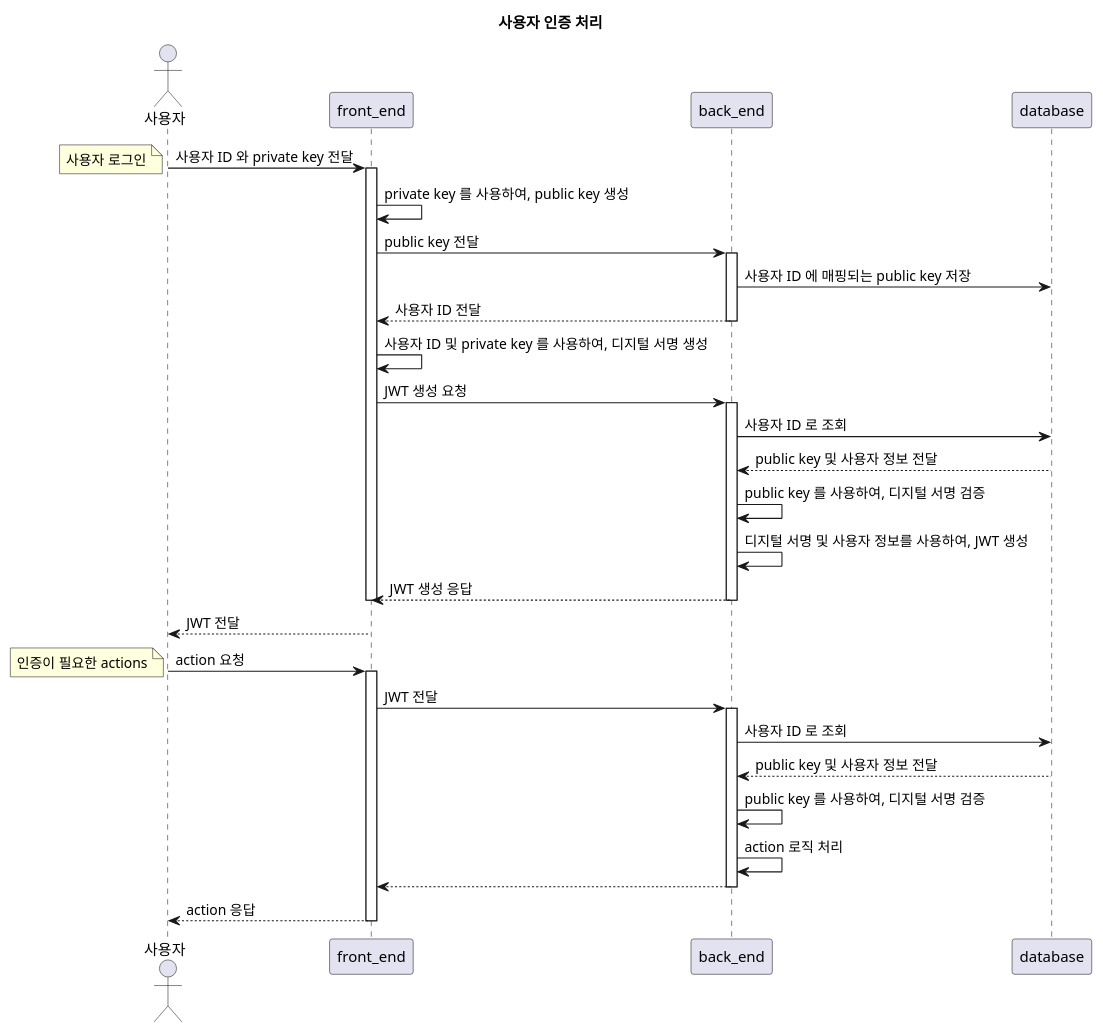
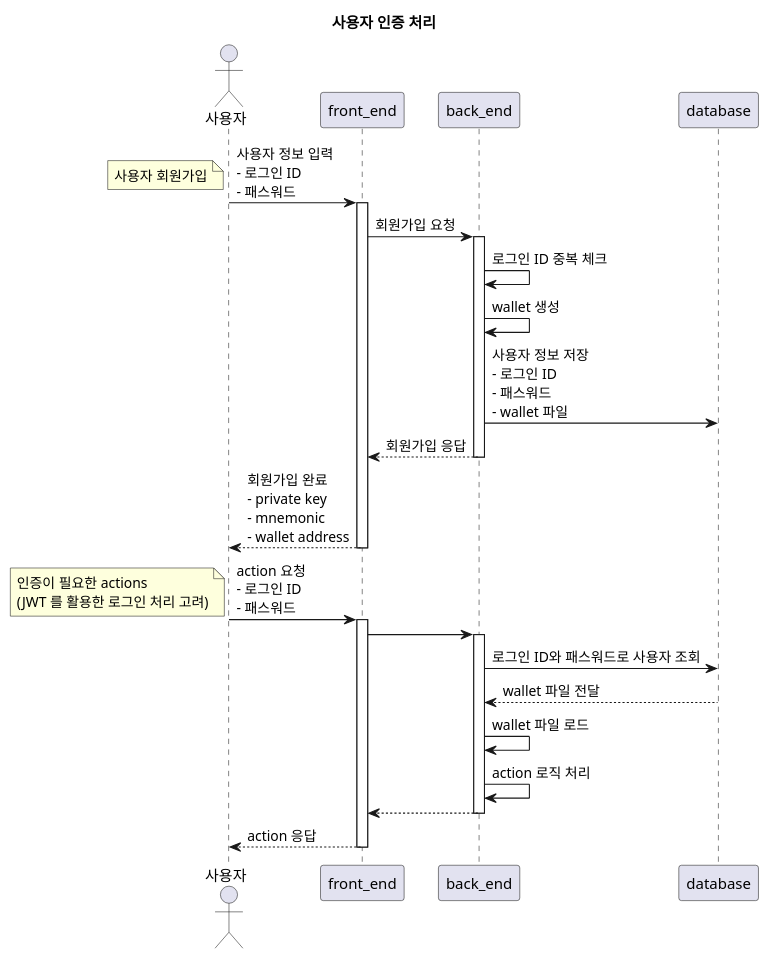
Before and after one commit to LaOnZenaMoon/smart-contract-playground: the diagram in docs/sequence-diagram/사용자 인증 처리.puml, drawn with PlantUML.

Commit message:
docs: 사용자 인증 처리 설계 관련 sequence diagram 수정

```diff
--- a/docs/sequence-diagram/사용자 인증 처리.puml
+++ b/docs/sequence-diagram/사용자 인증 처리.puml
@@ -1,44 +1,37 @@
 @startuml
 title 사용자 인증 처리
 
 actor 사용자
 participant front_end
 participant back_end
 participant database
 
-사용자->front_end: 사용자 ID 와 private key 전달
-note left: 사용자 로그인
+사용자->front_end: 사용자 정보 입력\n- 로그인 ID\n- 패스워드
+note left: 사용자 회원가입
 activate front_end
-front_end->front_end: private key 를 사용하여, public key 생성
-front_end->back_end: public key 전달
+front_end->back_end: 회원가입 요청
 activate back_end
-back_end->database: 사용자 ID 에 매핑되는 public key 저장
-back_end-->front_end: 사용자 ID 전달
+back_end->back_end: 로그인 ID 중복 체크
+back_end->back_end: wallet 생성
+back_end->database: 사용자 정보 저장\n- 로그인 ID\n- 패스워드\n- wallet 파일
+back_end-->front_end: 회원가입 응답
 deactivate back_end
-front_end->front_end: 사용자 ID 및 private key 를 사용하여, 디지털 서명 생성
-front_end->back_end: JWT 생성 요청
+front_end-->사용자: 회원가입 완료\n- private key\n- mnemonic\n- wallet address
+deactivate front_end
+
+
+사용자->front_end: action 요청\n- 로그인 ID\n- 패스워드
+note left: 인증이 필요한 actions\n(JWT 를 활용한 로그인 처리 고려)
+activate front_end
+front_end->back_end
 activate back_end
-back_end->database: 사용자 ID 로 조회
-database-->back_end: public key 및 사용자 정보 전달
-back_end->back_end: public key 를 사용하여, 디지털 서명 검증
-back_end->back_end: 디지털 서명 및 사용자 정보를 사용하여, JWT 생성
-back_end-->front_end: JWT 생성 응답
-deactivate back_end
-deactivate front_end
-front_end-->사용자: JWT 전달
-
-사용자->front_end: action 요청
-note left: 인증이 필요한 actions
-activate front_end
-front_end->back_end: JWT 전달
-activate back_end
-back_end->database: 사용자 ID 로 조회
-database-->back_end: public key 및 사용자 정보 전달
-back_end->back_end: public key 를 사용하여, 디지털 서명 검증
+back_end->database: 로그인 ID와 패스워드로 사용자 조회
+database-->back_end: wallet 파일 전달
+back_end->back_end: wallet 파일 로드
 back_end->back_end: action 로직 처리
 back_end-->front_end
 deactivate back_end
 front_end-->사용자: action 응답
 deactivate front_end
 
 @enduml
```
